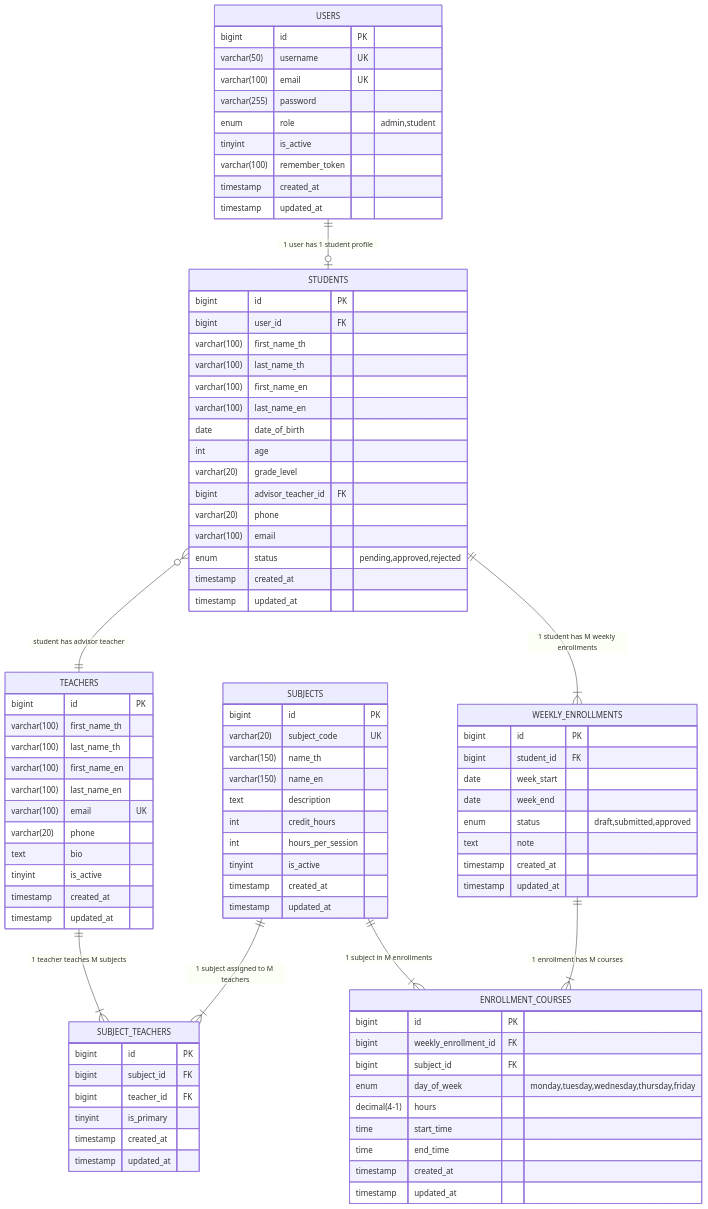
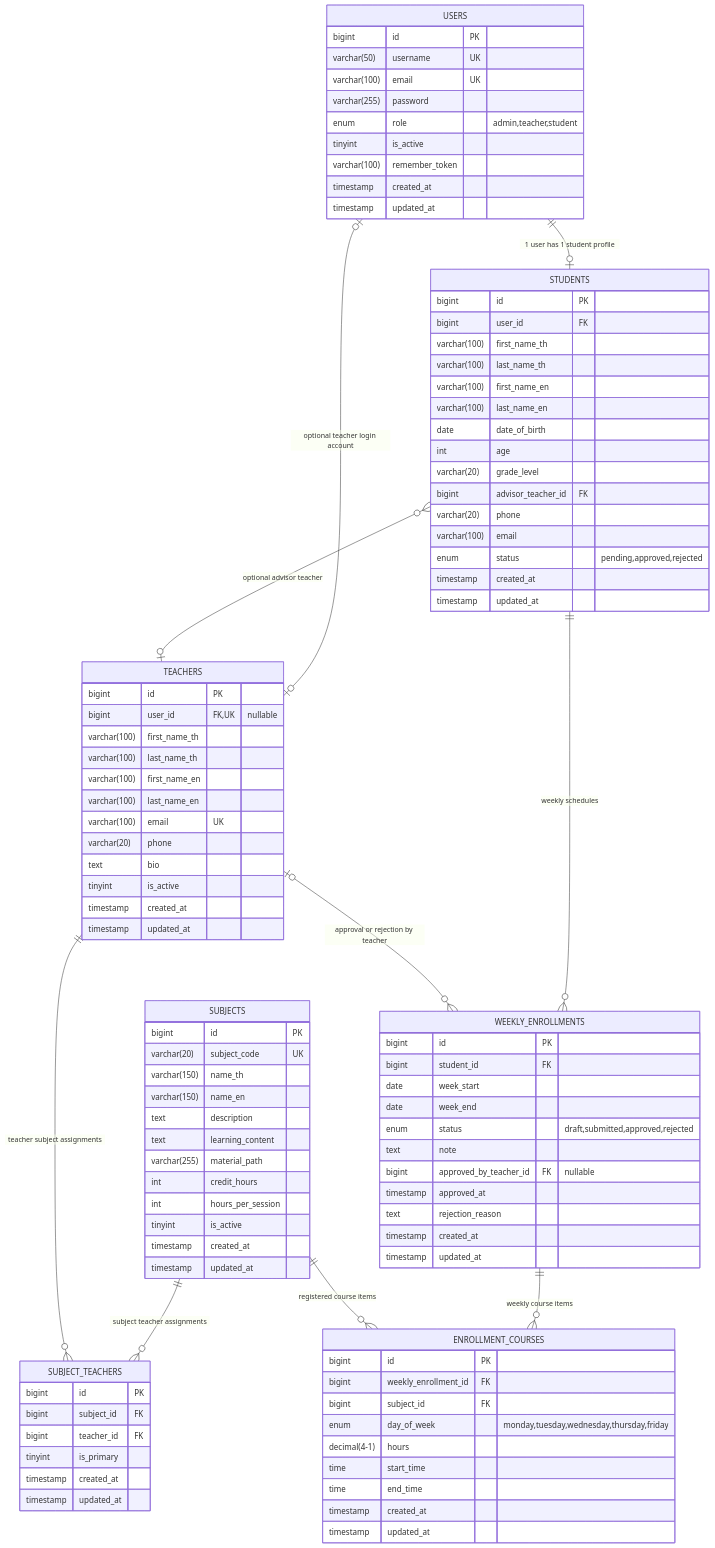
Before and after one commit to sidaratkhaobang/studentSchool: the diagram in laravel/docs/ER_Diagram.md, drawn with Mermaid. The commit also changed other lines of this file and 13 other files, not shown here.

````diff
--- a/laravel/docs/ER_Diagram.md
+++ b/laravel/docs/ER_Diagram.md
@@ -9,7 +9,7 @@
         varchar(50) username UK
         varchar(100) email UK
         varchar(255) password
-        enum role "admin,student"
+        enum role "admin,teacher,student"
         tinyint is_active
         varchar(100) remember_token
         timestamp created_at
@@ -18,6 +18,7 @@
 
     TEACHERS {
         bigint id PK
+        bigint user_id FK,UK "nullable"
         varchar(100) first_name_th
         varchar(100) last_name_th
         varchar(100) first_name_en
@@ -36,6 +37,8 @@
         varchar(150) name_th
         varchar(150) name_en
         text description
+        text learning_content
+        varchar(255) material_path
         int credit_hours
         int hours_per_session
         tinyint is_active
@@ -75,8 +78,11 @@
         bigint student_id FK
         date week_start
         date week_end
-        enum status "draft,submitted,approved"
+        enum status "draft,submitted,approved,rejected"
         text note
+        bigint approved_by_teacher_id FK "nullable"
+        timestamp approved_at
+        text rejection_reason
         timestamp created_at
         timestamp updated_at
     }
@@ -94,10 +100,12 @@
     }
 
     USERS ||--o| STUDENTS : "1 user has 1 student profile"
-    STUDENTS }o--|| TEACHERS : "student has advisor teacher"
-    SUBJECTS ||--|{ SUBJECT_TEACHERS : "1 subject assigned to M teachers"
-    TEACHERS ||--|{ SUBJECT_TEACHERS : "1 teacher teaches M subjects"
-    STUDENTS ||--|{ WEEKLY_ENROLLMENTS : "1 student has M weekly enrollments"
-    WEEKLY_ENROLLMENTS ||--|{ ENROLLMENT_COURSES : "1 enrollment has M courses"
-    SUBJECTS ||--|{ ENROLLMENT_COURSES : "1 subject in M enrollments"
+    USERS |o--o| TEACHERS : "optional teacher login account"
+    STUDENTS }o--o| TEACHERS : "optional advisor teacher"
+    SUBJECTS ||--o{ SUBJECT_TEACHERS : "subject teacher assignments"
+    TEACHERS ||--o{ SUBJECT_TEACHERS : "teacher subject assignments"
+    STUDENTS ||--o{ WEEKLY_ENROLLMENTS : "weekly schedules"
+    TEACHERS |o--o{ WEEKLY_ENROLLMENTS : "approval or rejection by teacher"
+    WEEKLY_ENROLLMENTS ||--o{ ENROLLMENT_COURSES : "weekly course items"
+    SUBJECTS ||--o{ ENROLLMENT_COURSES : "registered course items"
 ```
````
